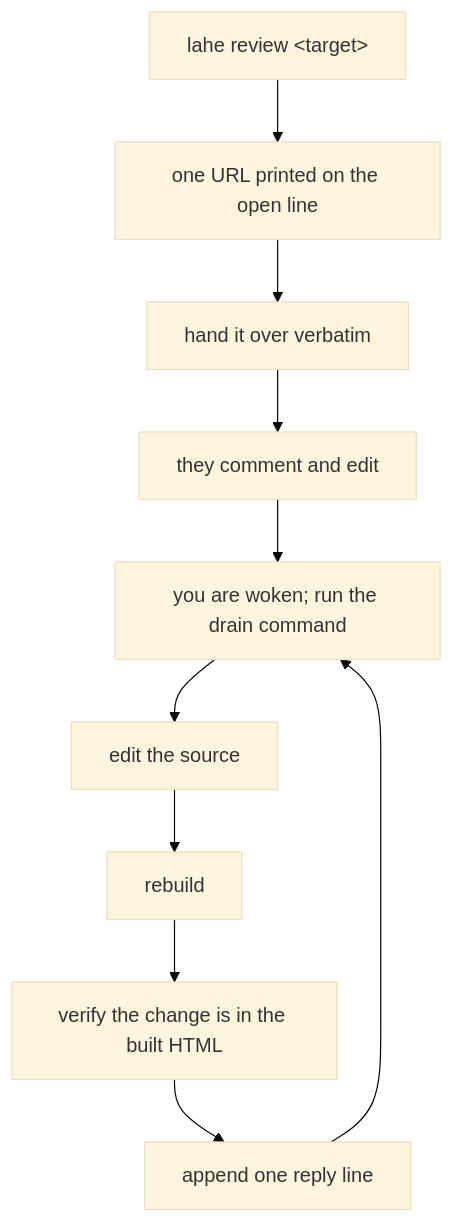
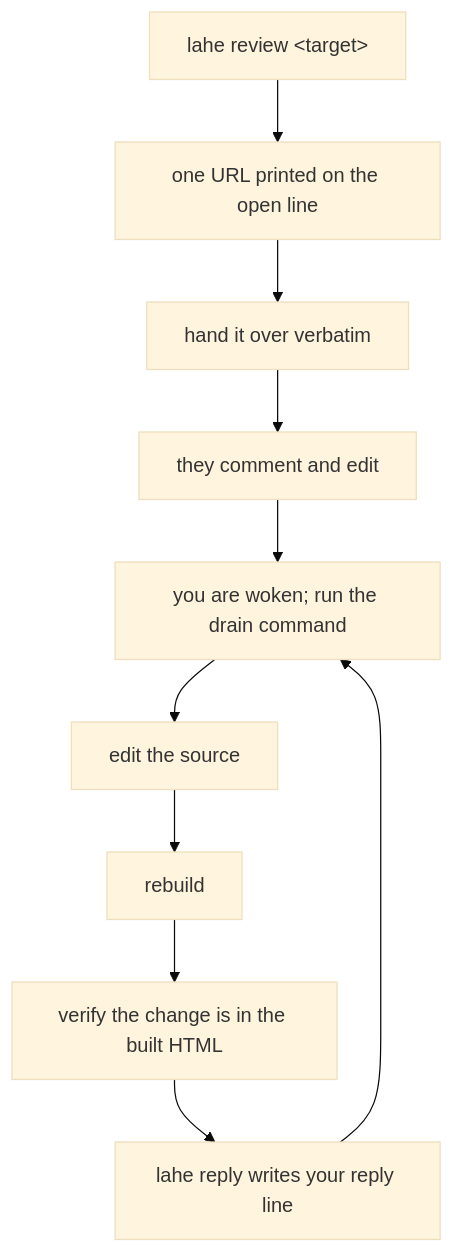
Before and after one commit to kenxle/live-agentic-html-editor: the first of 2 diagrams in skills/lahe/SKILL.md, drawn with Mermaid (base theme). The commit also changed other lines of this file and 10 other files, not shown here.

````diff
--- a/skills/lahe/SKILL.md
+++ b/skills/lahe/SKILL.md
@@ -120,12 +120,12 @@
 ```mermaid
 flowchart TD
     A["lahe review &lt;target&gt;"] --> B["one URL printed on the open line"]
     B --> C["hand it over verbatim"]
     C --> D["they comment and edit"]
     D --> E["you are woken; run the drain command"]
     E --> F["edit the source"]
     F --> G["rebuild"]
     G --> H["verify the change is in the built HTML"]
-    H --> I["append one reply line"]
+    H --> I["lahe reply writes your reply line"]
     I --> E
 ```
````
